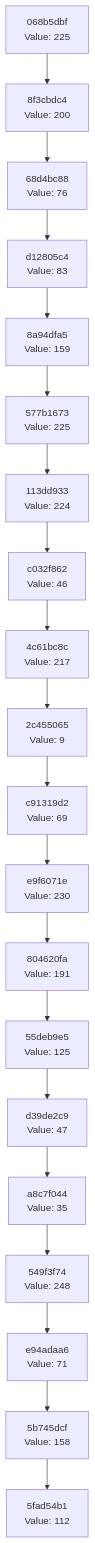
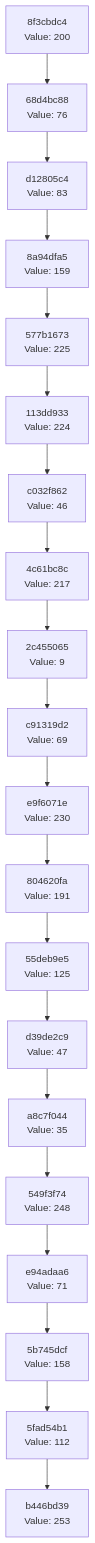
Before and after one commit to Abhisheksinha1506/hash-chain-evolver: the diagram in docs/CHAIN_VISUALIZATION.md, drawn with Mermaid. The commit also changed 2 other files, not shown here.

Commit message:
Evolution step: hash 0xFD → action executed

````diff
--- a/docs/CHAIN_VISUALIZATION.md
+++ b/docs/CHAIN_VISUALIZATION.md
@@ -3,42 +3,42 @@
 ```mermaid
 graph TD
-    C0["5fad54b1<br/>Value: 112"]
-    C1["5b745dcf<br/>Value: 158"]
+    C0["b446bd39<br/>Value: 253"]
+    C1["5fad54b1<br/>Value: 112"]
     C1 --> C0
-    C2["e94adaa6<br/>Value: 71"]
+    C2["5b745dcf<br/>Value: 158"]
     C2 --> C1
-    C3["549f3f74<br/>Value: 248"]
+    C3["e94adaa6<br/>Value: 71"]
     C3 --> C2
-    C4["a8c7f044<br/>Value: 35"]
+    C4["549f3f74<br/>Value: 248"]
     C4 --> C3
-    C5["d39de2c9<br/>Value: 47"]
+    C5["a8c7f044<br/>Value: 35"]
     C5 --> C4
-    C6["55deb9e5<br/>Value: 125"]
+    C6["d39de2c9<br/>Value: 47"]
     C6 --> C5
-    C7["804620fa<br/>Value: 191"]
+    C7["55deb9e5<br/>Value: 125"]
     C7 --> C6
-    C8["e9f6071e<br/>Value: 230"]
+    C8["804620fa<br/>Value: 191"]
     C8 --> C7
-    C9["c91319d2<br/>Value: 69"]
+    C9["e9f6071e<br/>Value: 230"]
     C9 --> C8
-    C10["2c455065<br/>Value: 9"]
+    C10["c91319d2<br/>Value: 69"]
     C10 --> C9
-    C11["4c61bc8c<br/>Value: 217"]
+    C11["2c455065<br/>Value: 9"]
     C11 --> C10
-    C12["c032f862<br/>Value: 46"]
+    C12["4c61bc8c<br/>Value: 217"]
     C12 --> C11
-    C13["113dd933<br/>Value: 224"]
+    C13["c032f862<br/>Value: 46"]
     C13 --> C12
-    C14["577b1673<br/>Value: 225"]
+    C14["113dd933<br/>Value: 224"]
     C14 --> C13
-    C15["8a94dfa5<br/>Value: 159"]
+    C15["577b1673<br/>Value: 225"]
     C15 --> C14
-    C16["d12805c4<br/>Value: 83"]
+    C16["8a94dfa5<br/>Value: 159"]
     C16 --> C15
-    C17["68d4bc88<br/>Value: 76"]
+    C17["d12805c4<br/>Value: 83"]
     C17 --> C16
-    C18["8f3cbdc4<br/>Value: 200"]
+    C18["68d4bc88<br/>Value: 76"]
     C18 --> C17
-    C19["068b5dbf<br/>Value: 225"]
+    C19["8f3cbdc4<br/>Value: 200"]
     C19 --> C18
 ```
````
